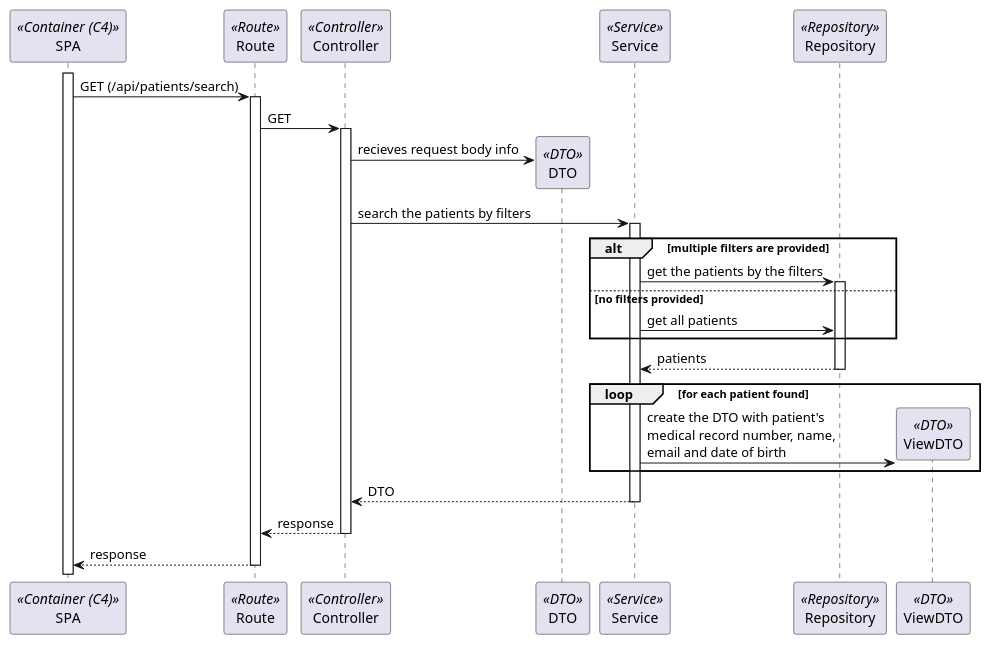
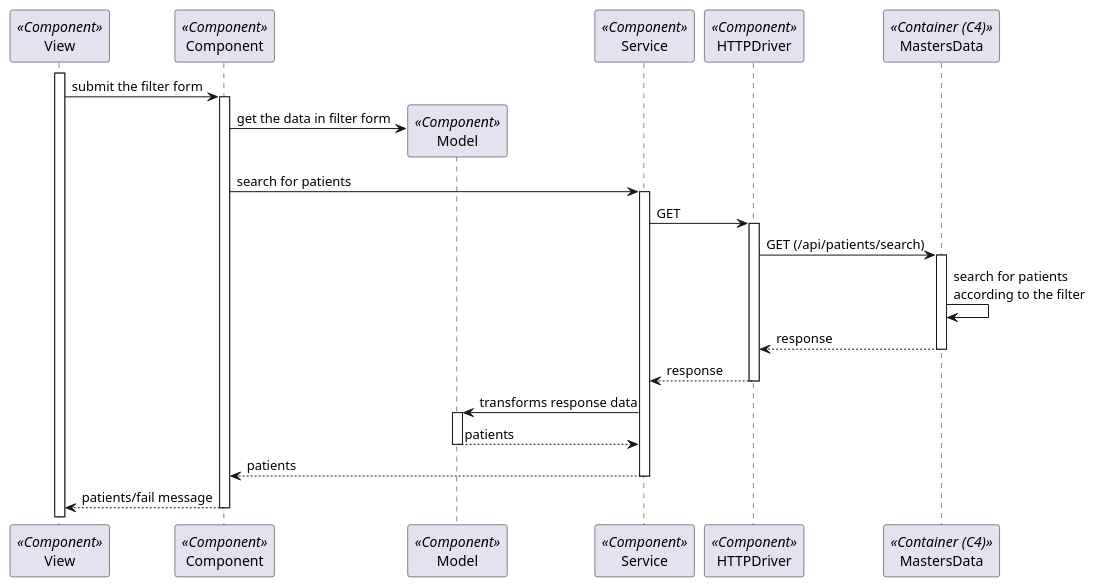
The diagram in docs/Sprint_2/Backoffice/US_6.2.9/L3/Process_View.puml (Rodrick0209/ISEP-SEM5PI-24-25), drawn with PlantUML before and after one commit. The commit also changed 19 other files, not shown here.

Commit message:
Updated level 3 diagrams for SPA adaptation #25

```diff
--- a/docs/Sprint_2/Backoffice/US_6.2.9/L3/Process_View.puml
+++ b/docs/Sprint_2/Backoffice/US_6.2.9/L3/Process_View.puml
@@ -2,33 +2,28 @@
 @startuml Process_View
-participant SPA as SPA <<Container (C4)>>
-participant Route as Route <<Route>>
-participant Controller as Controller <<Controller>>
-participant DTO as DTO <<DTO>>
-participant Service as Service <<Service>>
-participant Repository as Repository <<Repository>>
-participant ViewDTO as ViewDTO <<DTO>>
-activate SPA
-SPA -> Route: GET (/api/patients/search)
-activate Route
-Route -> Controller : GET
-activate Controller
-Controller -> DTO** : recieves request body info
-Controller -> Service : search the patients by filters
+participant View as View <<Component>>
+participant Component as Component <<Component>>
+participant Model as Model <<Component>>
+participant Service as Service <<Component>>
+participant HTTPDriver as HTTPDriver <<Component>>
+participant MastersData as BE <<Container (C4)>>
+
+activate View
+View -> Component: submit the filter form
+activate Component
+Component -> Model**: get the data in filter form
+Component -> Service: search for patients
 activate Service
-alt multiple filters are provided
-Service -> Repository : get the patients by the filters
-activate Repository
-else no filters provided
-Service -> Repository : get all patients
-end alt
+Service -> HTTPDriver: GET
+activate HTTPDriver
+HTTPDriver -> BE: GET (/api/patients/search)
+activate BE
+BE -> BE: search for patients\naccording to the filter
+return response
+return response
+Service -> Model: transforms response data
+activate Model
 return patients
-loop for each patient found
-Service -> ViewDTO** : create the DTO with patient's\nmedical record number, name,\nemail and date of birth
-end loop
-Service --> Controller : DTO
-deactivate Service
-Controller --> Route : response
-deactivate Controller
-return response
+return patients
+return patients/fail message
 
 @enduml
```
